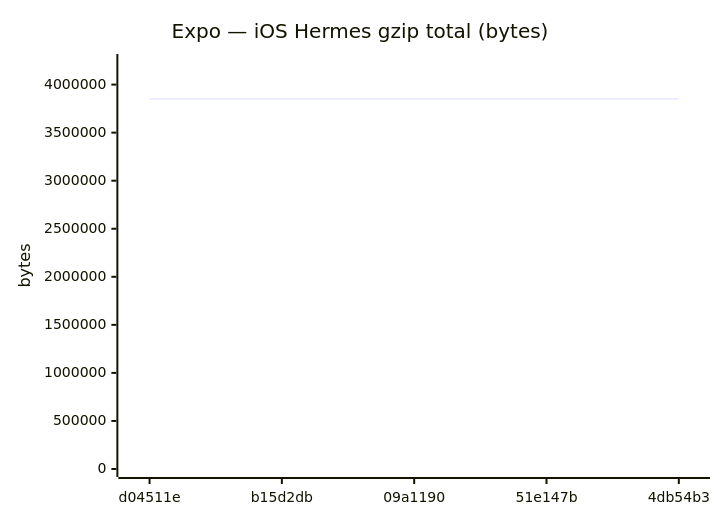
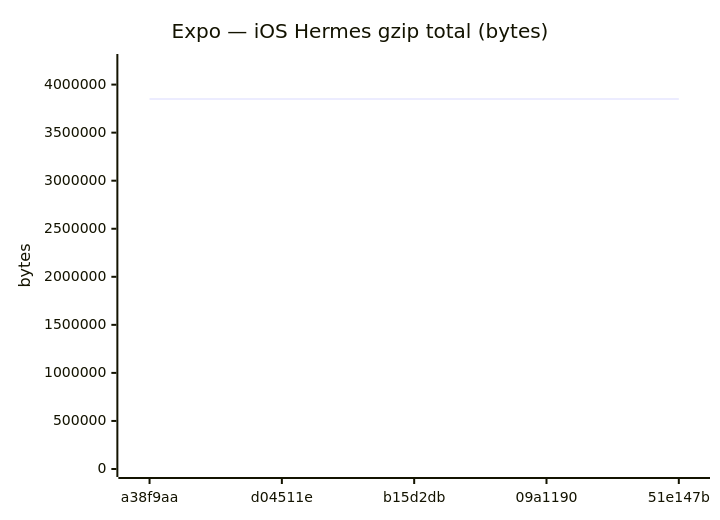
Diagram 12 of 18 in benchmarks/compare.md (Metaheurist/Rianell), drawn with Mermaid before and after one commit. The commit also changed other lines of this file and 11 other files, not shown here.

````diff
--- a/benchmarks/compare.md
+++ b/benchmarks/compare.md
@@ -179,7 +179,7 @@
 ```mermaid
 xychart-beta
     title "Expo — iOS Hermes gzip total (bytes)"
-    x-axis ["d04511e", "b15d2db", "09a1190", "51e147b", "4db54b3"]
+    x-axis ["a38f9aa", "d04511e", "b15d2db", "09a1190", "51e147b"]
     y-axis "bytes" 0 --> 4235116
-    line [3849367, 3849366, 3850104, 3850105, 3850105]
+    line [3849365, 3849367, 3849366, 3850104, 3850105]
 ```
````
